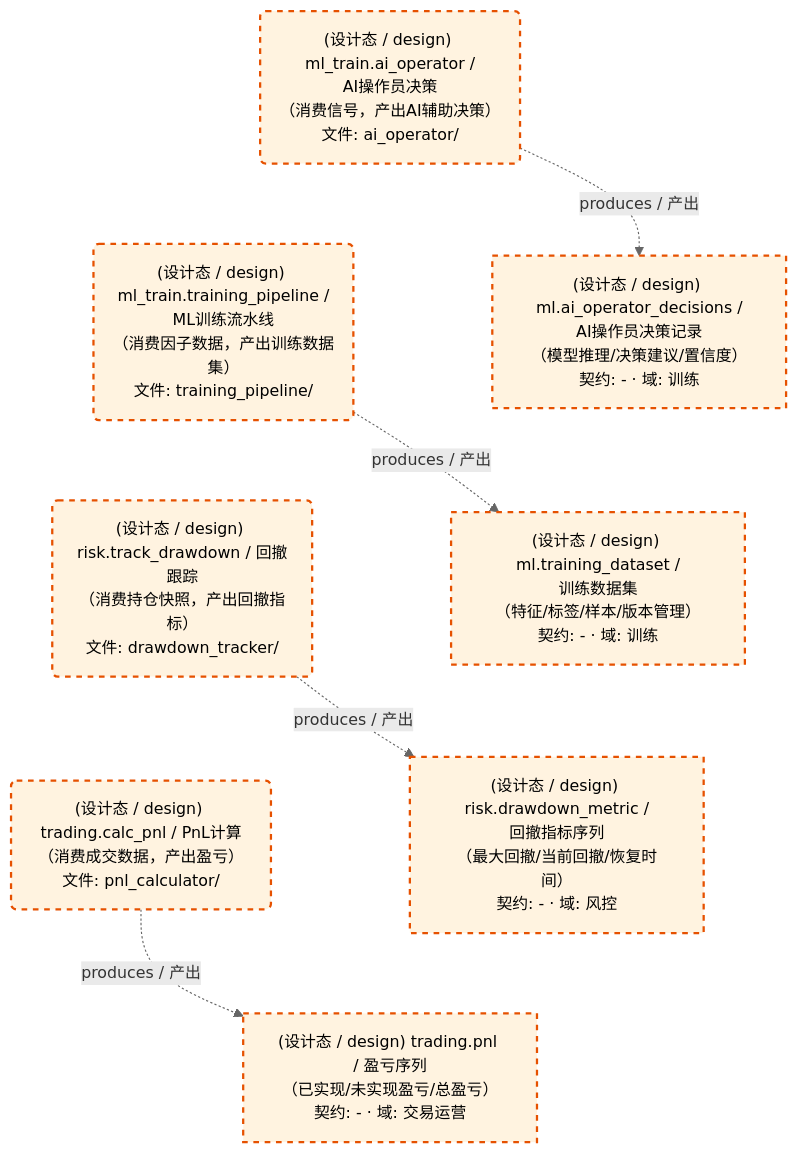
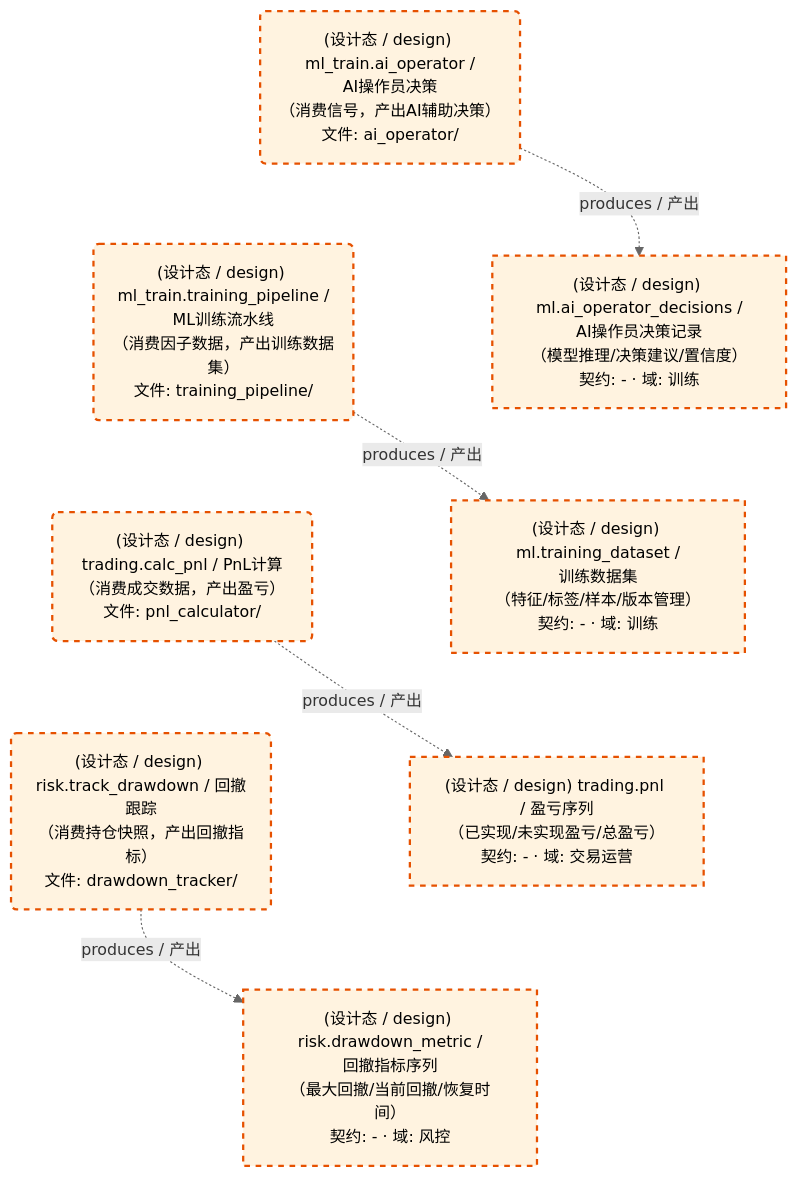
Before and after one commit to xuanFelixVan/ZephyrAlpha: the third of 3 diagrams in docs/02_enterprise_architecture/05_dataflow_architecture/d_others.md, drawn with Mermaid. The commit also changed other lines of this file and 13 other files, not shown here.

First line of the commit message:
feat(dataflow): dataflow_production.md → dataflow_panorama.md，运营态+设计态全景一张图看完

````diff
--- a/docs/02_enterprise_architecture/05_dataflow_architecture/d_others.md
+++ b/docs/02_enterprise_architecture/05_dataflow_architecture/d_others.md
@@ -108,27 +108,27 @@
 ```mermaid
 %%{init: {'theme': 'base', 'themeVariables': {'primaryColor': '#eaeaea', 'primaryTextColor': '#333333', 'primaryBorderColor': '#666666', 'lineColor': '#666666', 'secondaryColor': '#eaeaea', 'tertiaryColor': '#eaeaea', 'clusterBkg': 'transparent', 'clusterBorder': 'transparent', 'fontSize': '14px'}}}%%
 flowchart TD
     DS11271["(设计态 / design) ml.ai_operator_decisions /<br/>AI操作员决策记录<br/>（模型推理/决策建议/置信度）<br/>契约: - · 域: 训练"]
     DS11272["(设计态 / design) ml.training_dataset /<br/>训练数据集<br/>（特征/标签/样本/版本管理）<br/>契约: - · 域: 训练"]
     DS11273["(设计态 / design) risk.drawdown_metric /<br/>回撤指标序列<br/>（最大回撤/当前回撤/恢复时间）<br/>契约: - · 域: 风控"]
     DS11274["(设计态 / design) trading.pnl / 盈亏序列<br/>（已实现/未实现盈亏/总盈亏）<br/>契约: - · 域: 交易运营"]
     JOB757635("(设计态 / design) ml_train.ai_operator /<br/>AI操作员决策<br/>（消费信号，产出AI辅助决策）<br/>文件: ai_operator/")
     JOB757636("(设计态 / design) ml_train.training_pipeline /<br/>ML训练流水线<br/>（消费因子数据，产出训练数据集）<br/>文件: training_pipeline/")
     JOB757637("(设计态 / design) risk.track_drawdown / 回撤跟踪<br/>（消费持仓快照，产出回撤指标）<br/>文件: drawdown_tracker/")
     JOB757638("(设计态 / design) trading.calc_pnl / PnL计算<br/>（消费成交数据，产出盈亏）<br/>文件: pnl_calculator/")
     JOB757635 -.->|produces / 产出| DS11271
     JOB757636 -.->|produces / 产出| DS11272
     JOB757637 -.->|produces / 产出| DS11273
     JOB757638 -.->|produces / 产出| DS11274
     JOB757635 ~~~ JOB757636
-    JOB757636 ~~~ JOB757637
-    JOB757637 ~~~ JOB757638
+    JOB757636 ~~~ JOB757638
+    JOB757638 ~~~ JOB757637
     DS11271 ~~~ DS11272
-    DS11272 ~~~ DS11273
-    DS11273 ~~~ DS11274
+    DS11272 ~~~ DS11274
+    DS11274 ~~~ DS11273
     classDef production fill:#e1f5fe,stroke:#01579b,stroke-width:2px,color:#000
     classDef design fill:#fff3e0,stroke:#e65100,stroke-width:2px,color:#000,stroke-dasharray: 5 5
     classDef external_prod fill:#e8f4fd,stroke:#0277bd,stroke-width:1px,color:#000
     classDef external_design fill:#fff8e7,stroke:#ef6c00,stroke-width:1px,color:#000,stroke-dasharray: 5 5
     class DS11271,DS11272,DS11273,DS11274,JOB757635,JOB757636,JOB757637,JOB757638 design
 ```
````
